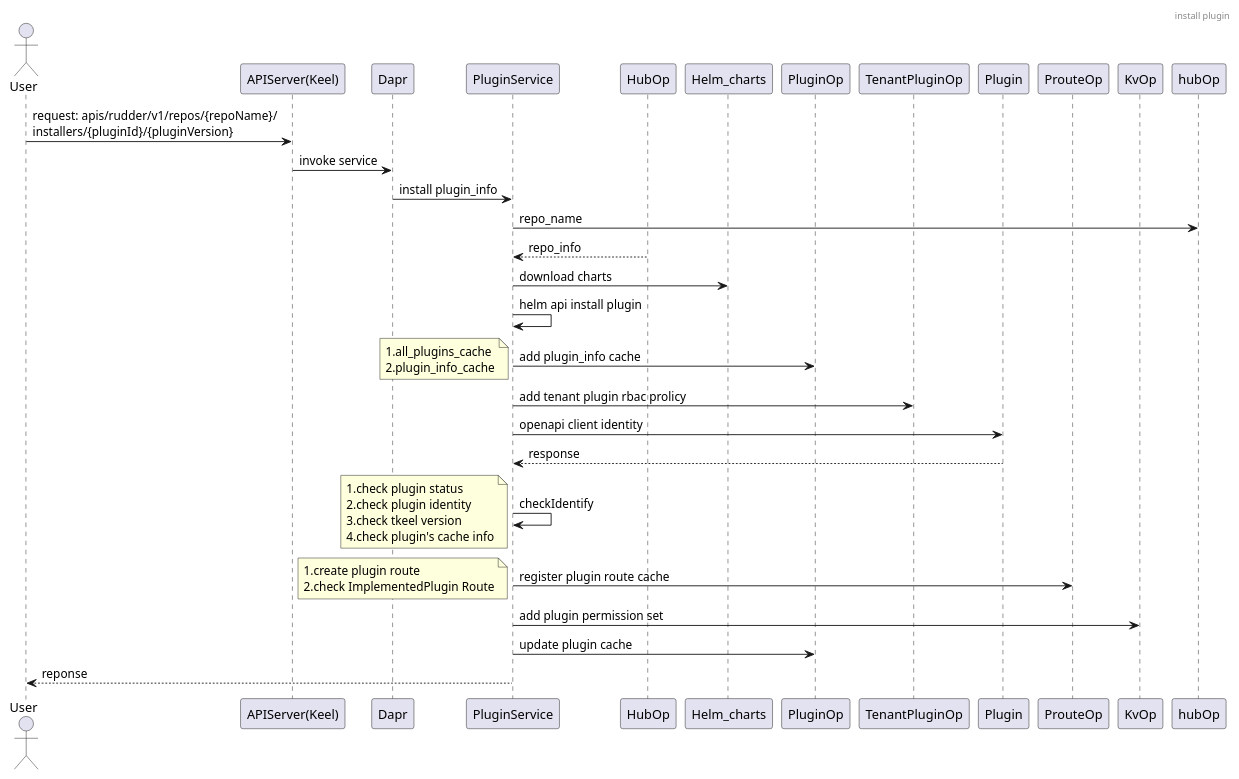
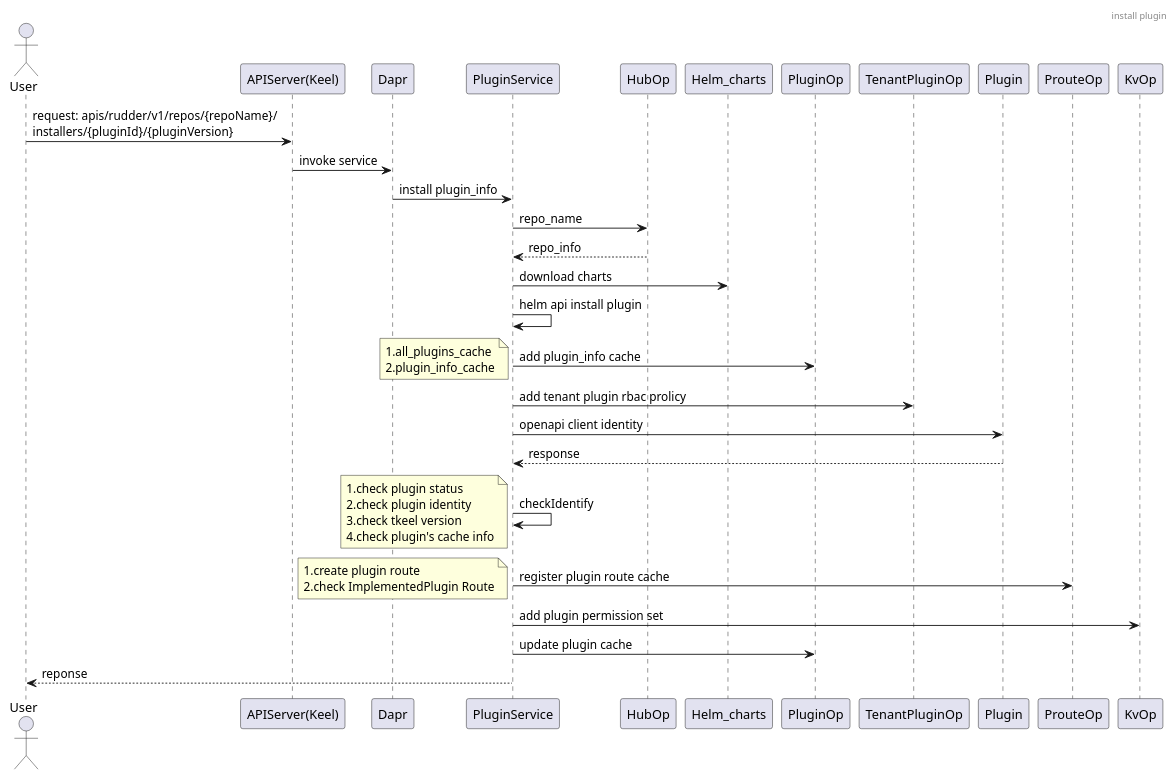
Before and after one commit to tkeel-io/docs: the second of 25 diagrams in docs/api/appendix/plantuml/rudder_revise.md, drawn with PlantUML. The commit also changed other lines of this file, not shown here.

````diff
--- a/docs/api/appendix/plantuml/rudder_revise.md
+++ b/docs/api/appendix/plantuml/rudder_revise.md
@@ -26,35 +28,37 @@
 ```plantuml
+@startuml
 header install plugin
 
 actor User
 participant "APIServer(Keel)"  as Keel
 participant Dapr
 participant PluginService
 participant HubOp
 participant Helm_charts
 participant PluginOp
 participant TenantPluginOp
 participant Plugin
 participant ProuteOp
 participant KvOp
 
 User->Keel: request: apis/rudder/v1/repos/{repoName}/\ninstallers/{pluginId}/{pluginVersion}
 Keel->Dapr: invoke service
 Dapr->PluginService:install plugin_info
-PluginService->hubOp:repo_name
+PluginService->HubOp:repo_name
 HubOp-->PluginService:repo_info
 PluginService->Helm_charts:download charts
 PluginService->PluginService:helm api install plugin
 PluginService->PluginOp:add plugin_info cache
 note left: 1.all_plugins_cache\n2.plugin_info_cache
 PluginService->TenantPluginOp:add tenant plugin rbac prolicy
 PluginService->Plugin:openapi client identity
 Plugin-->PluginService:response
 PluginService->PluginService:checkIdentify
 note left:1.check plugin status\n2.check plugin identity\n3.check tkeel version\n4.check plugin's cache info
 PluginService->ProuteOp:register plugin route cache
 note left:1.create plugin route\n2.check ImplementedPlugin Route
 PluginService->KvOp:add plugin permission set
 PluginService->PluginOp:update plugin cache
 PluginService-->User:reponse
+@enduml
 ```
````
